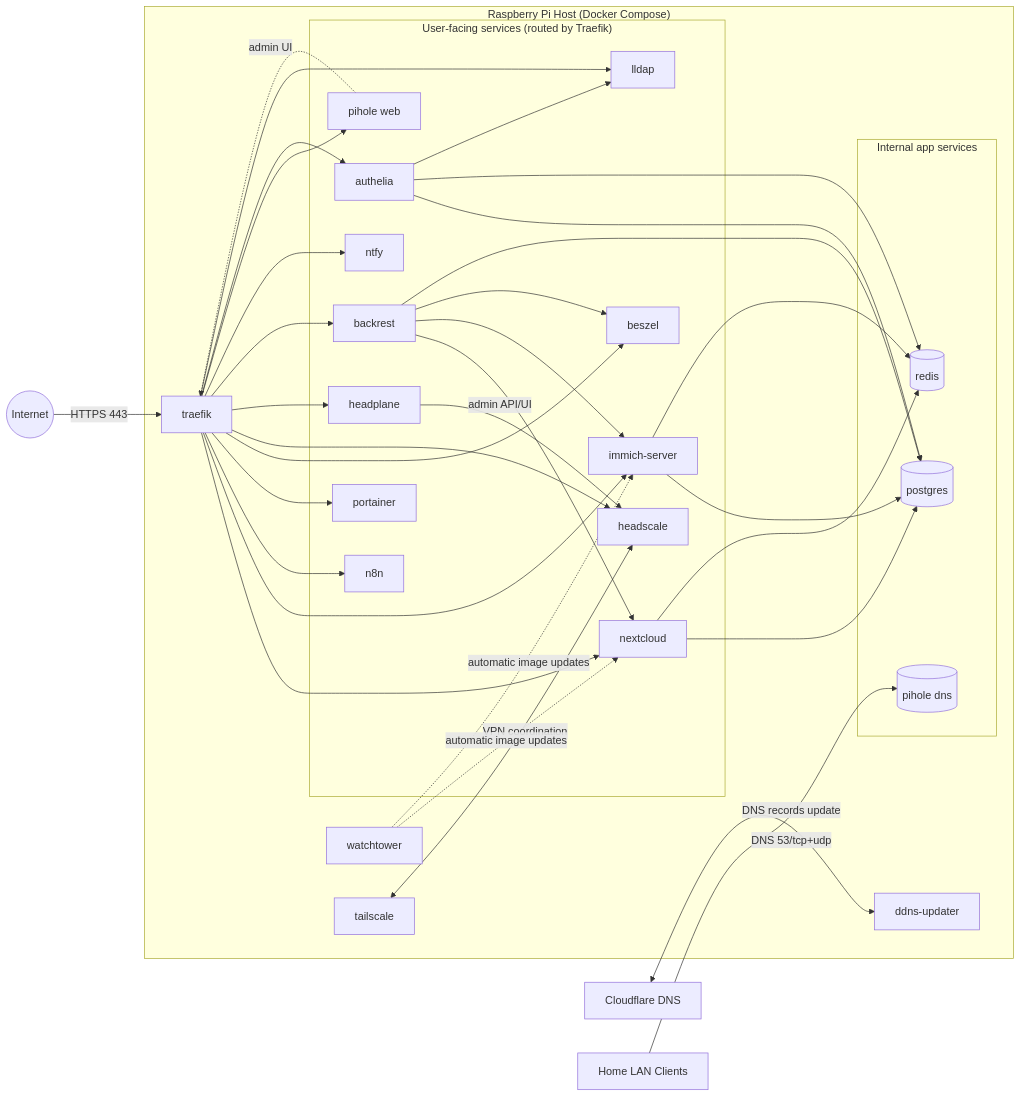
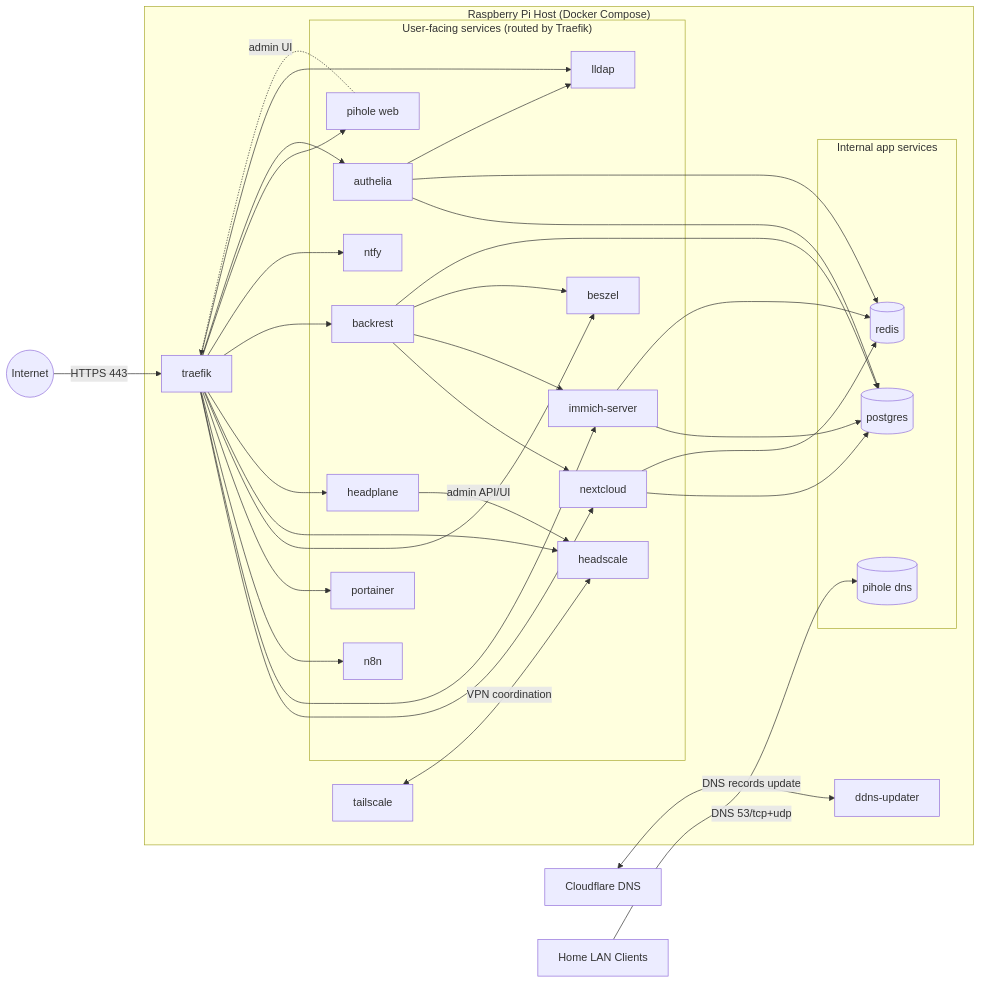
Before and after one commit to florianajir/pi-web: the first of 8 diagrams in README.md, drawn with Mermaid. The commit also changed other lines of this file and 3 other files, not shown here.

````diff
--- a/README.md
+++ b/README.md
@@ -51,69 +50,66 @@
 ```mermaid
 flowchart LR
   Internet((Internet))
   Cloudflare[Cloudflare DNS]
   LAN[Home LAN Clients]
 
   subgraph Pi["Raspberry Pi Host (Docker Compose)"]
     DDNS[ddns-updater]
     Traefik[traefik]
-    Watchtower[watchtower]
     Tailscale[tailscale]
 
     subgraph Apps["User-facing services (routed by Traefik)"]
       Nextcloud[nextcloud]
       Immich[immich-server]
       N8N[n8n]
       Portainer[portainer]
       Beszel[beszel]
       Headscale[headscale]
       Headplane[headplane]
       Backrest[backrest]
       Ntfy[ntfy]
       PiholeWeb[pihole web]
       Authelia[authelia]
       Lldap[lldap]
     end
 
     subgraph Internal["Internal app services"]
       Postgres[(postgres)]
       Redis[(redis)]
       PiholeDNS[(pihole dns)]
     end
   end
 
   Internet -->|HTTPS 443| Traefik
   Cloudflare <-->|DNS records update| DDNS
   Traefik --> Nextcloud
   Traefik --> Immich
   Traefik --> N8N
   Traefik --> Portainer
   Traefik --> Beszel
   Traefik --> Headscale
   Traefik --> Headplane
   Traefik --> Backrest
   Traefik --> Ntfy
   Traefik --> PiholeWeb
   Traefik --> Authelia
   Traefik --> Lldap
 
   Nextcloud --> Postgres
   Nextcloud --> Redis
   Immich --> Postgres
   Immich --> Redis
   Authelia --> Postgres
   Authelia --> Redis
   Authelia --> Lldap
   Backrest --> Nextcloud
   Backrest --> Immich
   Backrest --> Beszel
   Backrest --> Postgres
 
   LAN -->|DNS 53/tcp+udp| PiholeDNS
   PiholeWeb -.admin UI.-> Traefik
 
   Tailscale <-->|VPN coordination| Headscale
   Headplane -->|admin API/UI| Headscale
-  Watchtower -.automatic image updates.-> Nextcloud
-  Watchtower -.automatic image updates.-> Immich
 ```
````
